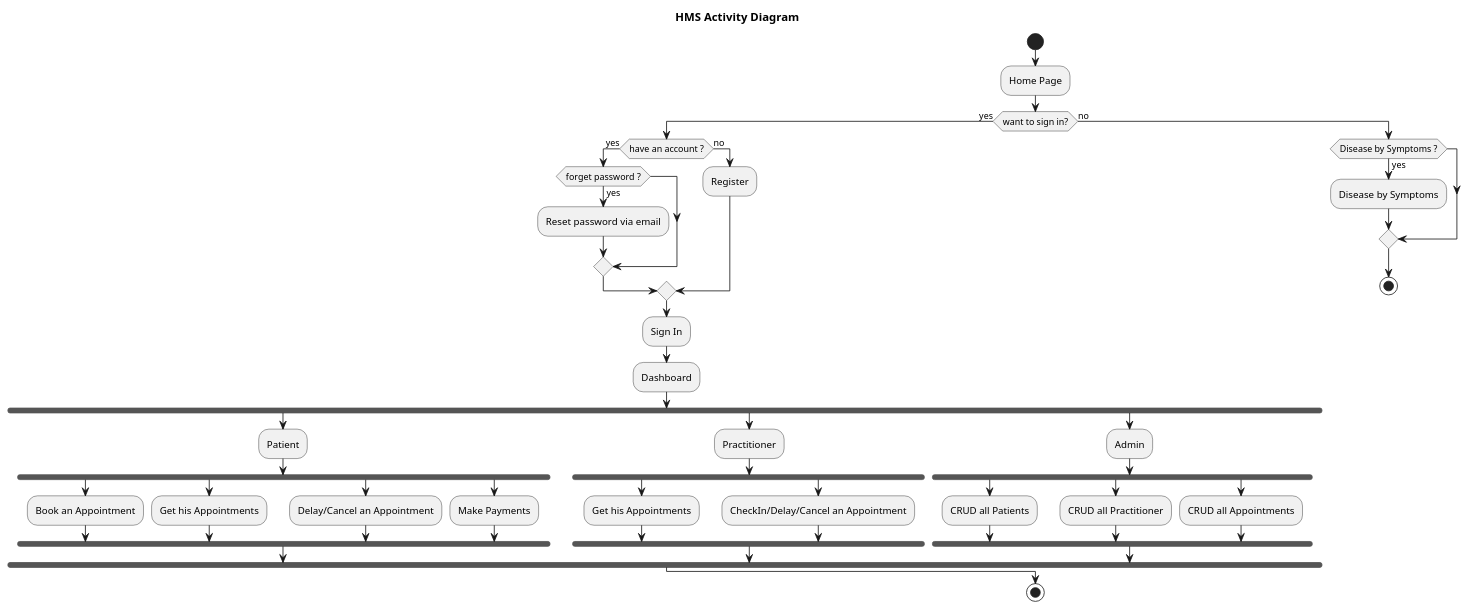
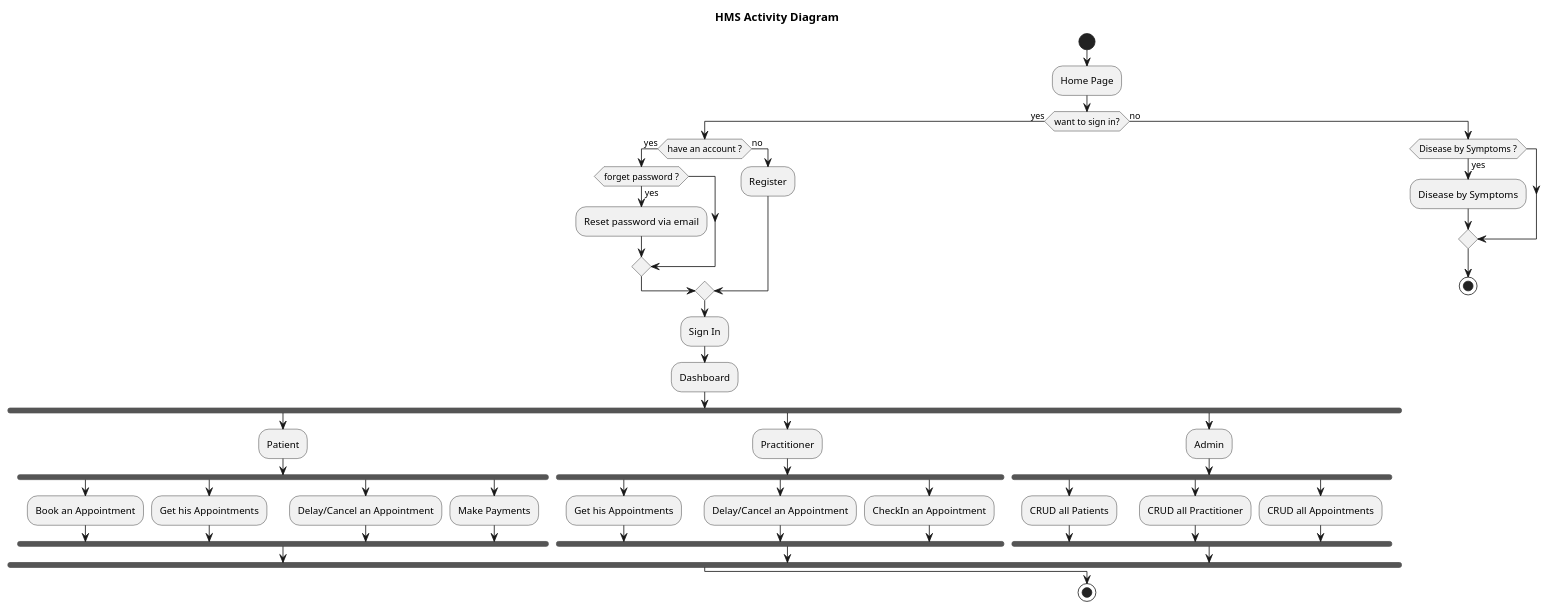
Before and after one commit to tdnguyen6/hms-PERN: the diagram in src/client/public/docs/diagrams/src/activity_system.puml, drawn with PlantUML. The commit also changed 33 other files, not shown here.

Commit message:
add sequence diagrams

```diff
--- a/src/client/public/docs/diagrams/src/activity_system.puml
+++ b/src/client/public/docs/diagrams/src/activity_system.puml
@@ -1,50 +1,52 @@
 @startuml
 title HMS Activity Diagram
 start
 :Home Page;
 if (want to sign in?) then (yes)
     if (have an account ?) then (yes)
         if (forget password ?) then (yes)
             :Reset password via email;
         endif
     else (no)
         :Register;
     endif
     :Sign In;
     :Dashboard;
     fork
         :Patient;
             fork
                 :Book an Appointment;
             fork again
                 :Get his Appointments;
             fork again
                 :Delay/Cancel an Appointment;
             fork again
                 :Make Payments;
             end fork
     fork again
         :Practitioner;
             fork
                 :Get his Appointments;
             fork again
-                :CheckIn/Delay/Cancel an Appointment;
+                :Delay/Cancel an Appointment;
+            fork again
+                :CheckIn an Appointment;
             end fork
     fork again
         :Admin;
             fork
                 :CRUD all Patients;
             fork again
                 :CRUD all Practitioner;
             fork again
                 :CRUD all Appointments;
             end fork
     end fork
 else (no)
     if (Disease by Symptoms ?) then (yes)
         :Disease by Symptoms;
     endif
     stop
 endif
 stop
 @enduml
```
